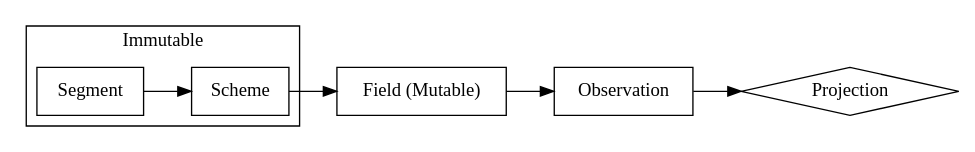
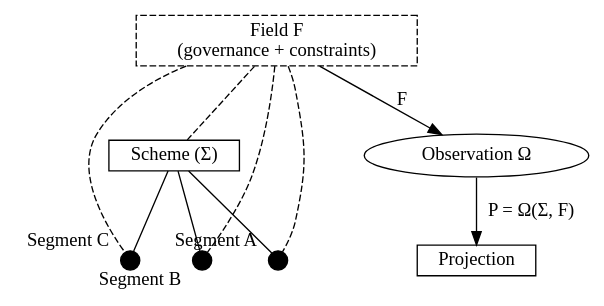
One commit to ssccsorg/ssccs changed the first of 7 diagrams in docs/Whitepaper.qmd. Above: the diagram before and after it, drawn with Graphviz. The commit also changed other lines of this file and 2 other files, not shown here.

````diff
--- a/docs/Whitepaper.qmd
+++ b/docs/Whitepaper.qmd
@@ -112,23 +111,45 @@
 ```{dot}
 //| label: fig-ontology
 //| fig-cap: "SSCCS Ontology: Three irreducible layers"
 digraph SSCCS_Ontology {
-    rankdir=LR;
     node [shape=rect];
     
-    subgraph cluster_immutable {
-        label="Immutable";
-        Segment;
-        Scheme;
-        Segment -> Scheme;
-    }
+    // Left: Atomic Segments (immutable coordinates)
+    node [shape=point, width=0.2, height=0.2];
+    s1 [xlabel="Segment A"];
+    s2 [xlabel="Segment B"];
+    s3 [xlabel="Segment C"];
     
-    Field [label="Field (Mutable)"];
-    Observation;
-    Projection [shape=diamond];
+    // Center-left: Scheme (structural blueprint)
+    Scheme [label="Scheme (Σ)", shape=rect];
     
-    Scheme -> Field;
-    Field -> Observation;
-    Observation -> Projection;
+    // Center: Field (dynamic governance)
+    Field [label="Field F\n(governance + constraints)", shape=rect, style=dashed];
+    
+    // Center-right: Observation event
+    Observation [label="Observation Ω", shape=ellipse];
+    
+    // Right: Projection (result)
+    Projection [label="Projection", shape=box];
+    
+    // Scheme references Segments (structural relations)
+    edge [arrowhead=none, style=solid];
+    Scheme -> s1;
+    Scheme -> s2;
+    Scheme -> s3;
+    
+    // Field influences both Scheme and Segments (dashed)
+    edge [arrowhead=none, style=dashed];
+    Field -> Scheme;
+    Field -> s1;
+    Field -> s2;
+    Field -> s3;
+    
+    // Observation takes Scheme and Field as inputs
+    edge [arrowhead=normal, style=solid];
+    Field -> Observation [label="F"];
+    
+    // Observation produces a Projection
+    Observation -> Projection [label="P = Ω(Σ, F)"];
 }
 ```
````
